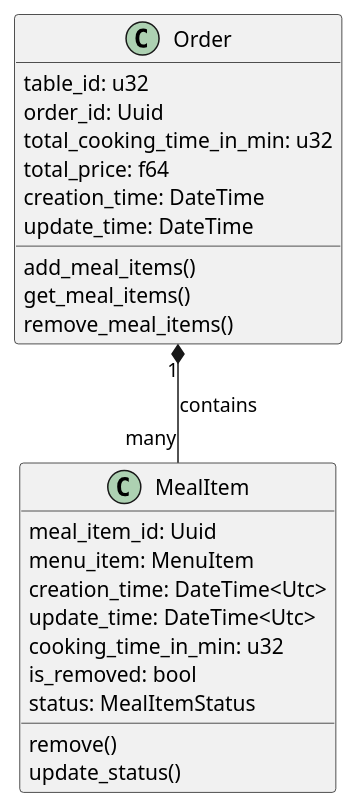
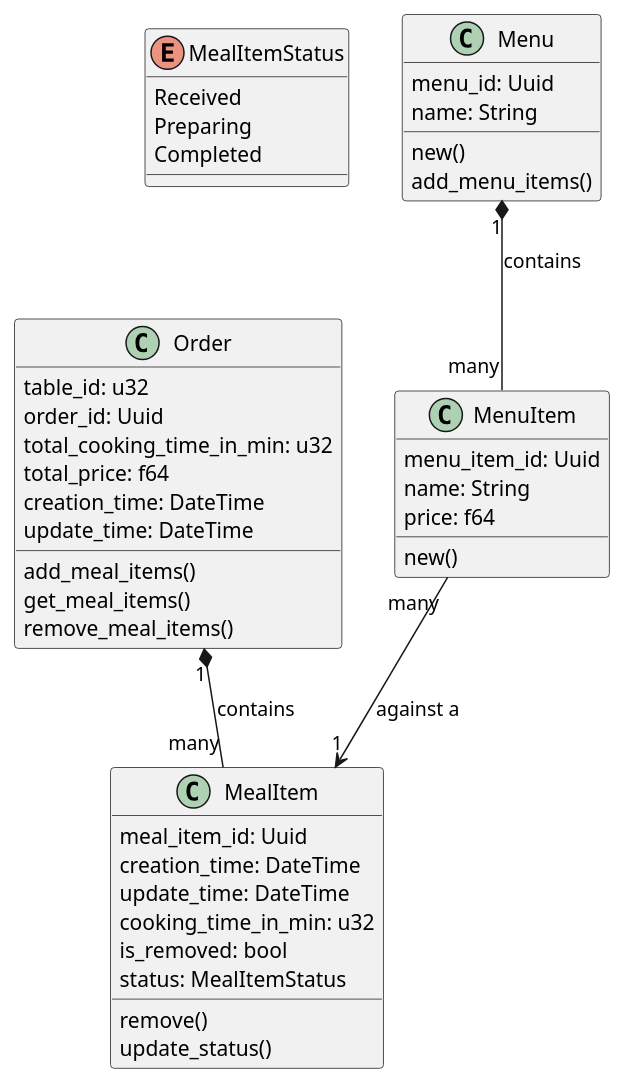
Before and after one commit to peiyuncai/restaurant-api: the diagram in diagrams/class.puml, drawn with PlantUML.

Commit message:
add class puml

```diff
--- a/diagrams/class.puml
+++ b/diagrams/class.puml
@@ -1,29 +1,52 @@
 @startuml
+
+enum MealItemStatus {
+  Received
+  Preparing
+  Completed
+}
 
 class Order {
   table_id: u32
   order_id: Uuid
   total_cooking_time_in_min: u32
   total_price: f64
   creation_time: DateTime
   update_time: DateTime
   add_meal_items()
   get_meal_items()
   remove_meal_items()
 }
 
 class MealItem {
   meal_item_id: Uuid
-  menu_item: MenuItem
-  creation_time: DateTime<Utc>
-  update_time: DateTime<Utc>
+  creation_time: DateTime
+  update_time: DateTime
   cooking_time_in_min: u32
   is_removed: bool
   status: MealItemStatus
   remove()
   update_status()
 }
 
 Order "1" *-- "many" MealItem : contains
 
+class MenuItem {
+    menu_item_id: Uuid
+    name: String
+    price: f64
+    new()
+}
+
+MenuItem "many" --> "1" MealItem: against a
+
+class Menu {
+    menu_id: Uuid
+    name: String
+    new()
+    add_menu_items()
+}
+
+Menu "1" *-- "many" MenuItem : contains
+
 @enduml
```
